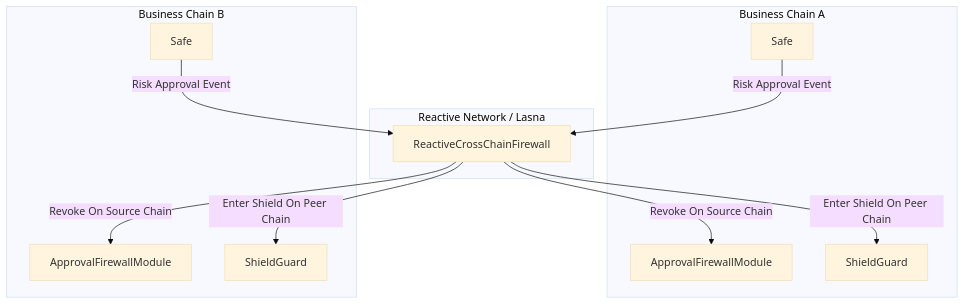
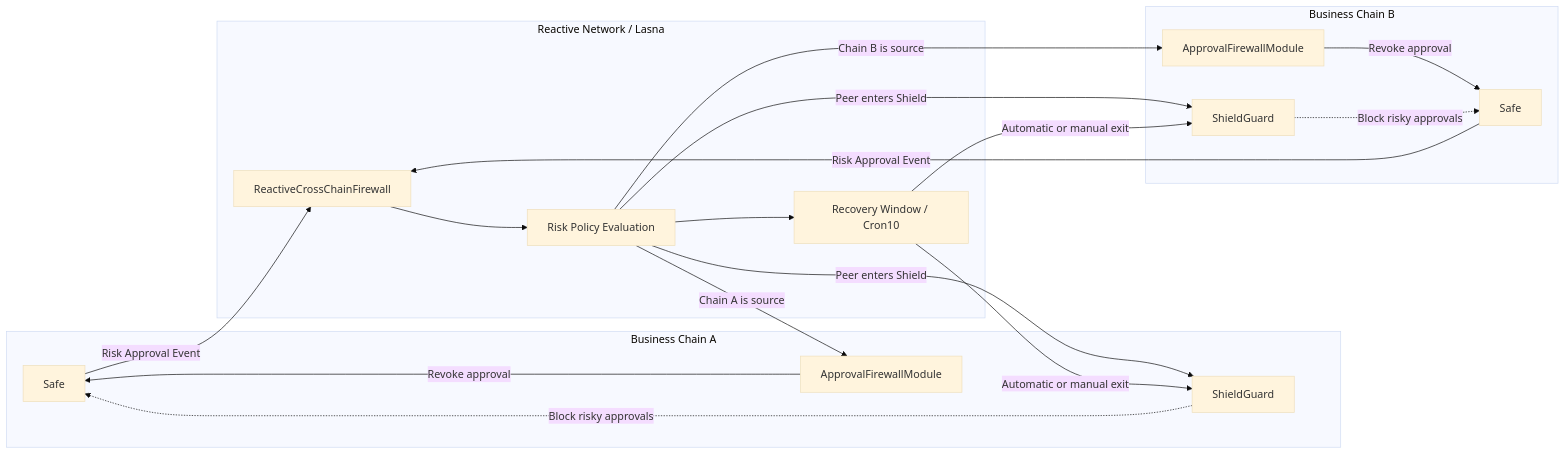
One commit to beautifulrem/Nulla changed the diagram in README.md. Above: the diagram before and after it, drawn with Mermaid (base theme).

Commit message:
docs: refine readme mermaid flowchart

````diff
--- a/README.md
+++ b/README.md
@@ -70,27 +70,38 @@
 ```mermaid
-flowchart TB
+flowchart LR
     subgraph ChainA["Business Chain A"]
         A1["Safe"]
         A2["ApprovalFirewallModule"]
         A3["ShieldGuard"]
     end
 
     subgraph Lasna["Reactive Network / Lasna"]
         R["ReactiveCrossChainFirewall"]
+        P["Risk Policy Evaluation"]
+        C["Recovery Window / Cron10"]
     end
 
     subgraph ChainB["Business Chain B"]
         B1["Safe"]
         B2["ApprovalFirewallModule"]
         B3["ShieldGuard"]
     end
 
     A1 -- "Risk Approval Event" --> R
     B1 -- "Risk Approval Event" --> R
+    R --> P
 
-    R -- "Revoke On Source Chain" --> A2
-    R -- "Enter Shield On Peer Chain" --> B3
+    P -- "Chain A is source" --> A2
+    P -- "Peer enters Shield" --> B3
+    P -- "Chain B is source" --> B2
+    P -- "Peer enters Shield" --> A3
 
-    R -- "Revoke On Source Chain" --> B2
-    R -- "Enter Shield On Peer Chain" --> A3
+    A2 -->|"Revoke approval"| A1
+    B2 -->|"Revoke approval"| B1
+    A3 -.->|"Block risky approvals"| A1
+    B3 -.->|"Block risky approvals"| B1
+
+    P --> C
+    C -->|"Automatic or manual exit"| A3
+    C -->|"Automatic or manual exit"| B3
 ```
````
